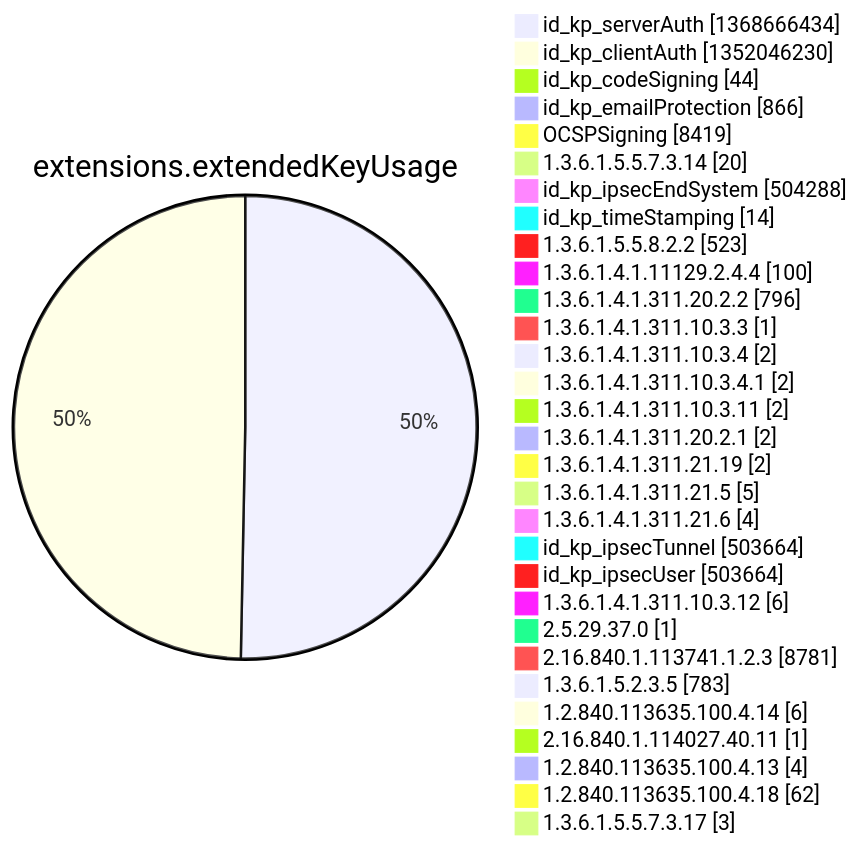
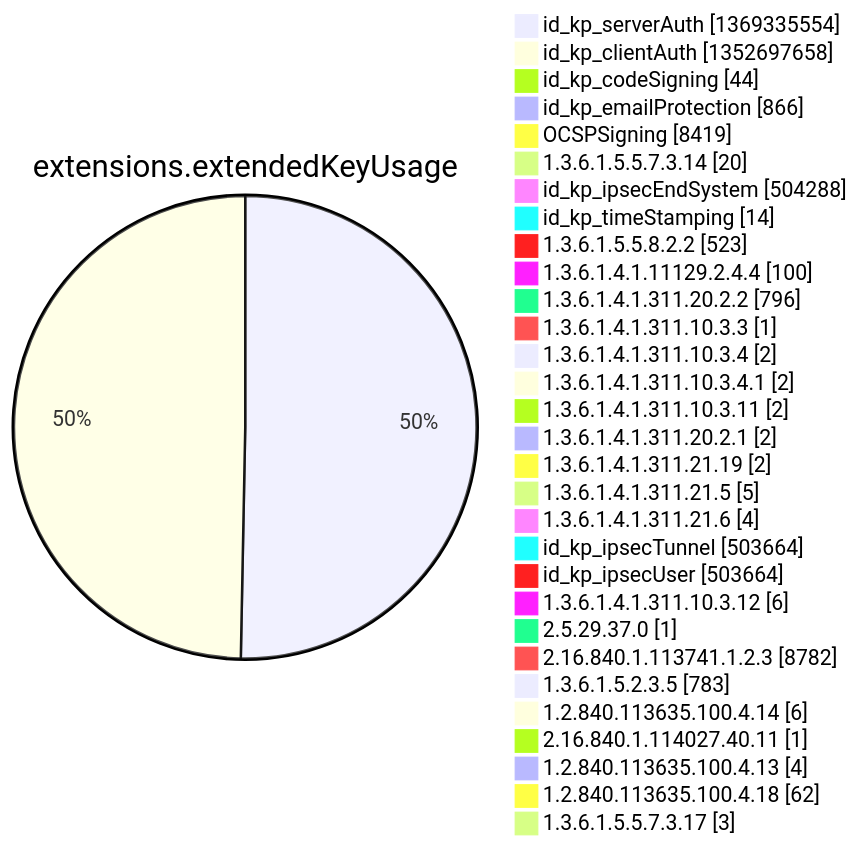
Before and after one commit to christiankrug/ctmonitor_visualization: diagram 12 of 15 in argon2022/README.md, drawn with Mermaid. The commit also changed other lines of this file, not shown here.

````diff
--- a/argon2022/README.md
+++ b/argon2022/README.md
@@ -3553,34 +3553,34 @@
 ```mermaid
 pie showData
 title extensions.extendedKeyUsage
-"id_kp_serverAuth" :1368666434
-"id_kp_clientAuth" :1352046230
+"id_kp_serverAuth" :1369335554
+"id_kp_clientAuth" :1352697658
 "id_kp_codeSigning" :44
 "id_kp_emailProtection" :866
 "OCSPSigning" :8419
 "1.3.6.1.5.5.7.3.14" :20
 "id_kp_ipsecEndSystem" :504288
 "id_kp_timeStamping" :14
 "1.3.6.1.5.5.8.2.2" :523
 "1.3.6.1.4.1.11129.2.4.4" :100
 "1.3.6.1.4.1.311.20.2.2" :796
 "1.3.6.1.4.1.311.10.3.3" :1
 "1.3.6.1.4.1.311.10.3.4" :2
 "1.3.6.1.4.1.311.10.3.4.1" :2
 "1.3.6.1.4.1.311.10.3.11" :2
 "1.3.6.1.4.1.311.20.2.1" :2
 "1.3.6.1.4.1.311.21.19" :2
 "1.3.6.1.4.1.311.21.5" :5
 "1.3.6.1.4.1.311.21.6" :4
 "id_kp_ipsecTunnel" :503664
 "id_kp_ipsecUser" :503664
 "1.3.6.1.4.1.311.10.3.12" :6
 "2.5.29.37.0" :1
-"2.16.840.1.113741.1.2.3" :8781
+"2.16.840.1.113741.1.2.3" :8782
 "1.3.6.1.5.2.3.5" :783
 "1.2.840.113635.100.4.14" :6
 "2.16.840.1.114027.40.11" :1
 "1.2.840.113635.100.4.13" :4
 "1.2.840.113635.100.4.18" :62
 "1.3.6.1.5.5.7.3.17" :3
 ```
````
